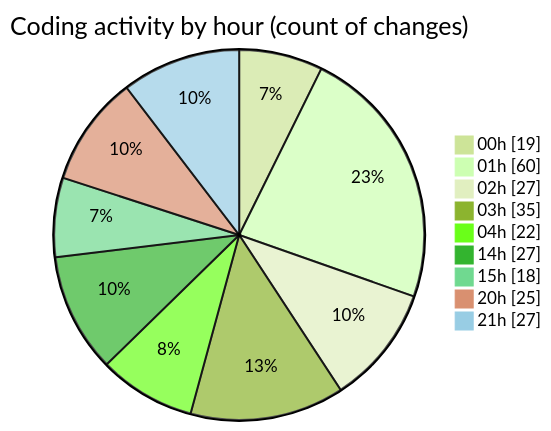
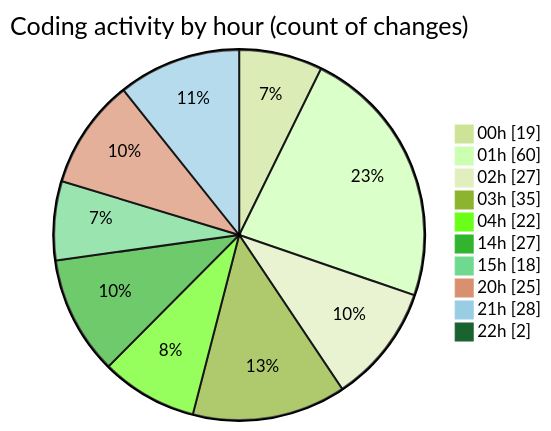
The second of 2 diagrams in 2025-07-25/quanlyrapchieuphim-1/README.md (lephambinh05/code-tracking), drawn with Mermaid (forest theme) before and after one commit. The commit also changed other lines of this file and 1 other file, not shown here.

````diff
--- a/2025-07-25/quanlyrapchieuphim-1/README.md
+++ b/2025-07-25/quanlyrapchieuphim-1/README.md
@@ -50,13 +50,14 @@
 ```mermaid
 pie showData
 title Coding activity by hour (count of changes)
 "00h" : 19
 "01h" : 60
 "02h" : 27
 "03h" : 35
 "04h" : 22
 "14h" : 27
 "15h" : 18
 "20h" : 25
-"21h" : 27
+"21h" : 28
+"22h" : 2
 ```
````
